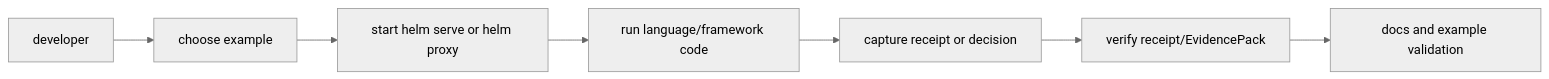
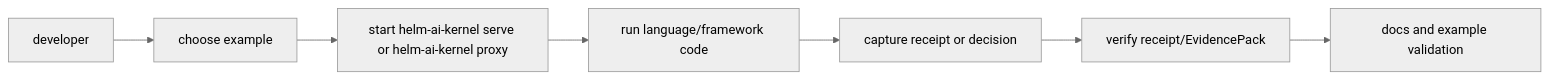
Before and after one commit to Mindburn-Labs/helm-ai-kernel: the diagram in docs/EXAMPLES.md, drawn with Mermaid (neutral theme). The commit also changed other lines of this file and 966 other files, not shown here.

First line of the commit message:
chore: complete helm-ai-kernel rename (#138)

````diff
--- a/docs/EXAMPLES.md
+++ b/docs/EXAMPLES.md
@@ -24,9 +24,9 @@
 ```mermaid
 flowchart LR
   Reader["developer"] --> Pick["choose example"]
-  Pick --> Server["start helm serve or helm proxy"]
+  Pick --> Server["start helm-ai-kernel serve or helm-ai-kernel proxy"]
   Server --> Run["run language/framework code"]
   Run --> Receipt["capture receipt or decision"]
   Receipt --> Verify["verify receipt/EvidencePack"]
   Verify --> Gate["docs and example validation"]
 ```
````
